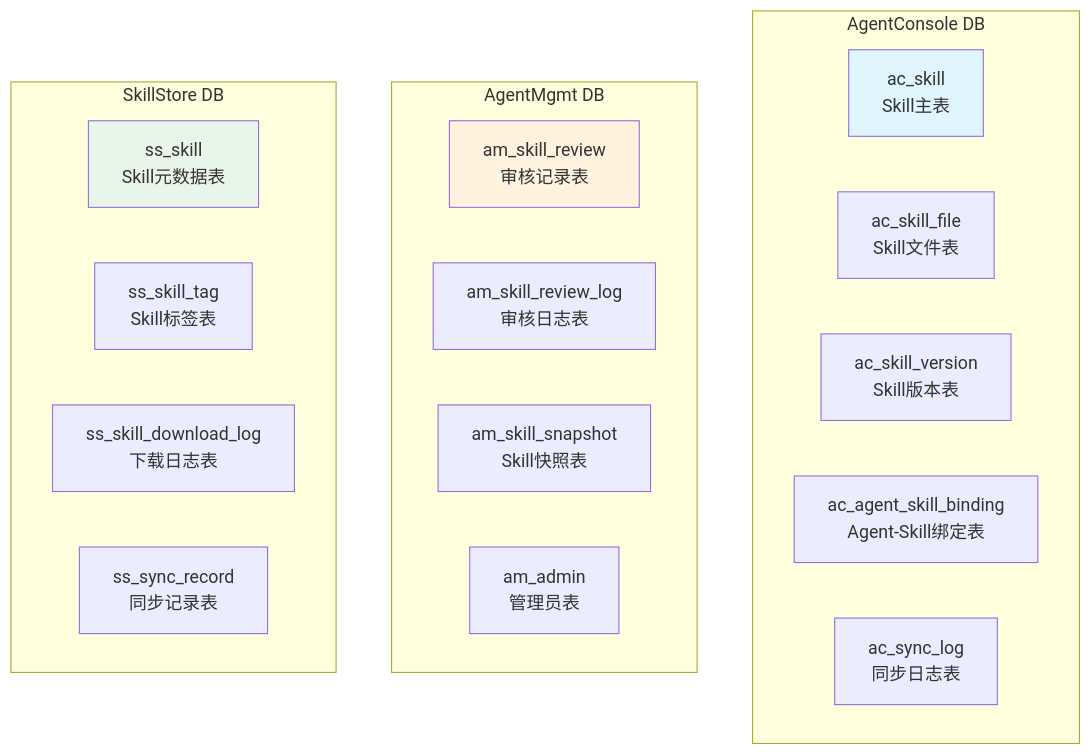
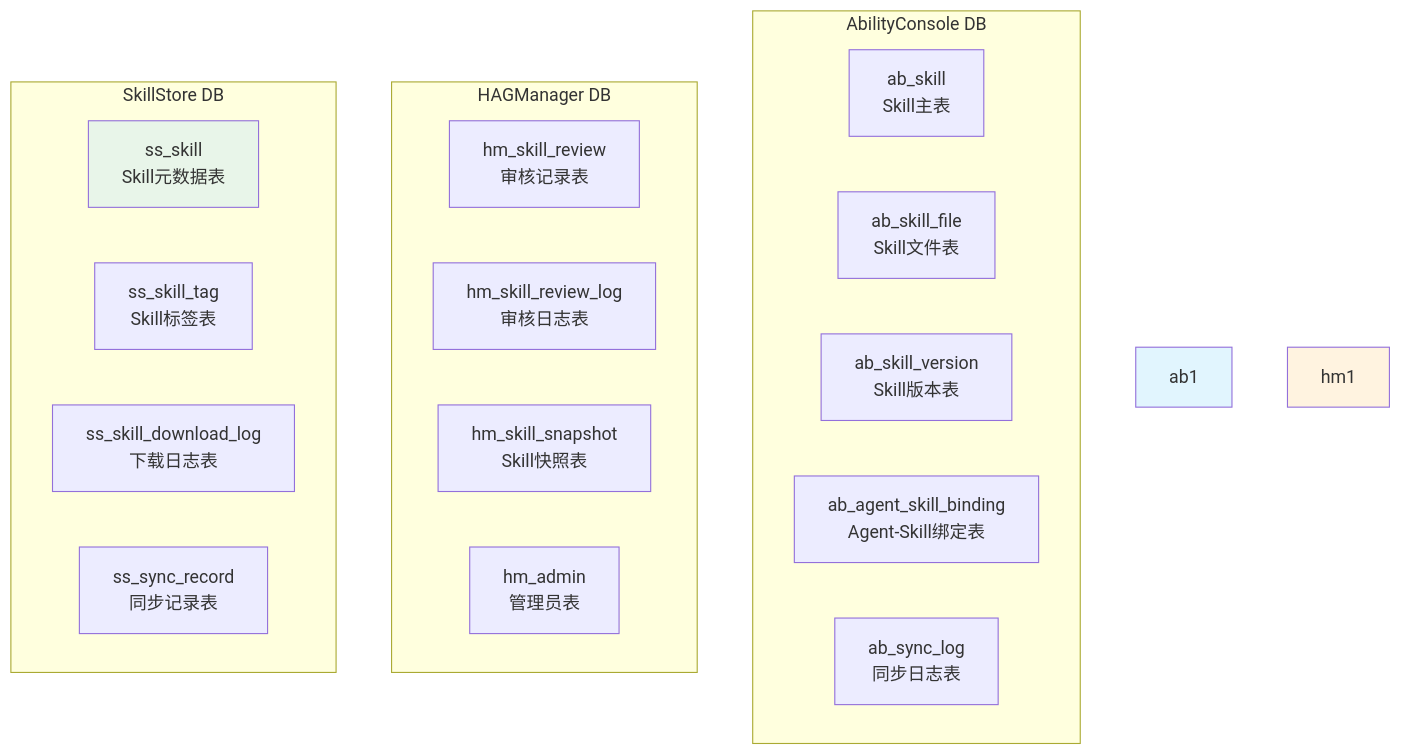
One commit to jinyule/xiaoyi-skill-mgmt changed diagram 17 of 33 in architecture-design.md. Above: the diagram before and after it, drawn with Mermaid. The commit also changed other lines of this file, not shown here.

````diff
--- a/architecture-design.md
+++ b/architecture-design.md
@@ -499,28 +499,28 @@
 ```mermaid
 graph TB
-    subgraph "AgentConsole DB"
-        AC1[ac_skill<br/>Skill主表]
-        AC2[ac_skill_file<br/>Skill文件表]
-        AC3[ac_skill_version<br/>Skill版本表]
-        AC4[ac_agent_skill_binding<br/>Agent-Skill绑定表]
-        AC5[ac_sync_log<br/>同步日志表]
+    subgraph "AbilityConsole DB"
+        AC1[ab_skill<br/>Skill主表]
+        AC2[ab_skill_file<br/>Skill文件表]
+        AC3[ab_skill_version<br/>Skill版本表]
+        AC4[ab_agent_skill_binding<br/>Agent-Skill绑定表]
+        AC5[ab_sync_log<br/>同步日志表]
     end
 
-    subgraph "AgentMgmt DB"
-        AM1[am_skill_review<br/>审核记录表]
-        AM2[am_skill_review_log<br/>审核日志表]
-        AM3[am_skill_snapshot<br/>Skill快照表]
-        AM4[am_admin<br/>管理员表]
+    subgraph "HAGManager DB"
+        AM1[hm_skill_review<br/>审核记录表]
+        AM2[hm_skill_review_log<br/>审核日志表]
+        AM3[hm_skill_snapshot<br/>Skill快照表]
+        AM4[hm_admin<br/>管理员表]
     end
 
     subgraph "SkillStore DB"
         SS1[ss_skill<br/>Skill元数据表]
         SS2[ss_skill_tag<br/>Skill标签表]
         SS3[ss_skill_download_log<br/>下载日志表]
         SS4[ss_sync_record<br/>同步记录表]
     end
 
-    style AC1 fill:#e1f5fe
-    style AM1 fill:#fff3e0
+    style ab1 fill:#e1f5fe
+    style hm1 fill:#fff3e0
     style SS1 fill:#e8f5e9
 ```
````
